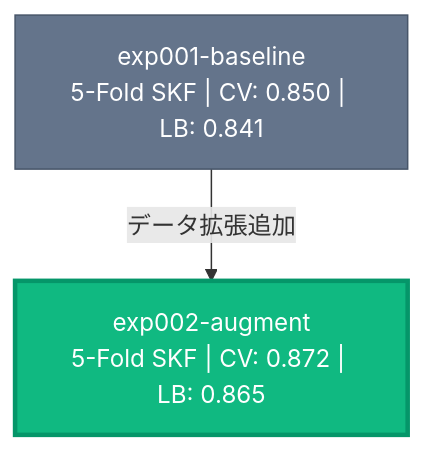
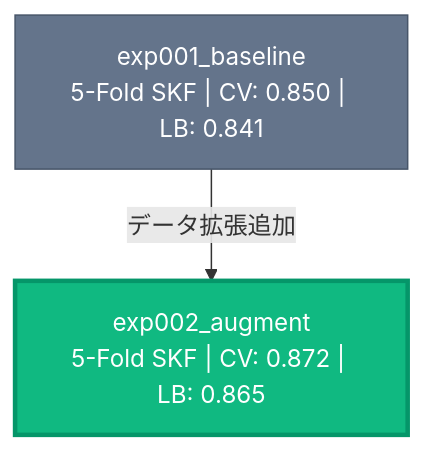
Before and after one commit to Prgckwb/kaggle-template: the diagram in CLAUDE.md, drawn with Mermaid. The commit also changed other lines of this file and 77 other files, not shown here.

````diff
--- a/CLAUDE.md
+++ b/CLAUDE.md
@@ -302,14 +231,15 @@
 ```mermaid
 graph TD
-    A["exp001-baseline<br/>5-Fold SKF | CV: 0.850 | LB: 0.841"]
-    B["exp002-augment<br/>5-Fold SKF | CV: 0.872 | LB: 0.865"]
+    A["exp001_baseline<br/>5-Fold SKF | CV: 0.850 | LB: 0.841"]
+    B["exp002_augment<br/>5-Fold SKF | CV: 0.872 | LB: 0.865"]
     A -- "データ拡張追加" --> B
 
     classDef best fill:#10b981,stroke:#059669,color:#fff,stroke-width:3px
     classDef good fill:#3b82f6,stroke:#2563eb,color:#fff
     classDef base fill:#64748b,stroke:#475569,color:#fff
     classDef wip fill:#f59e0b,stroke:#d97706,color:#fff,stroke-dasharray:5 5
+    classDef dead fill:#ef4444,stroke:#dc2626,color:#fff
 
     class A base
     class B best
 ```
````
